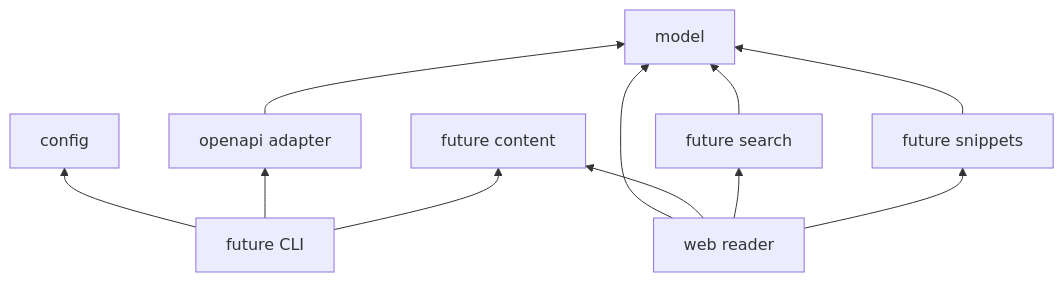
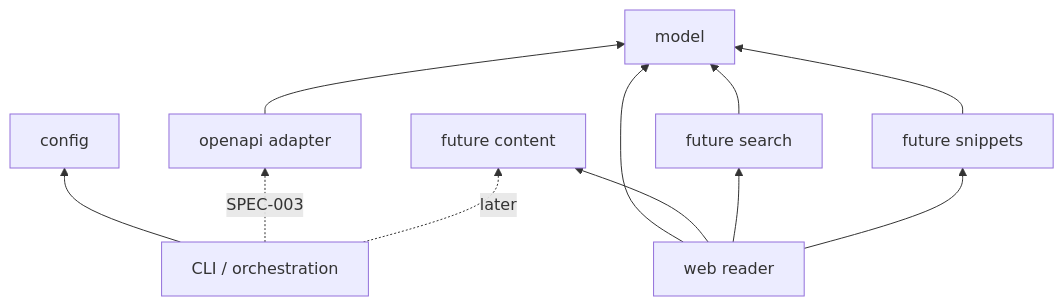
The third of 5 diagrams in docs/architecture/README.md (yannisyoussef/specistry), drawn with Mermaid before and after one commit. The commit also changed other lines of this file and 8 other files, not shown here.

Commit message:
docs(cli): document SPEC-002 orchestration contract

````diff
--- a/docs/architecture/README.md
+++ b/docs/architecture/README.md
@@ -57,16 +59,16 @@
 ```mermaid
 flowchart BT
   Model["model"]
   OpenAPI["openapi adapter"] --> Model
   Config["config"]
   FutureSearch["future search"] --> Model
   FutureSnippets["future snippets"] --> Model
   FutureContent["future content"]
   Web["web reader"] --> Model
   Web --> FutureContent
   Web --> FutureSearch
   Web --> FutureSnippets
-  FutureCLI["future CLI"] --> Config
-  FutureCLI --> OpenAPI
-  FutureCLI --> FutureContent
+  CLI["CLI / orchestration"] --> Config
+  CLI -. "SPEC-003" .-> OpenAPI
+  CLI -. "later" .-> FutureContent
 ```
````
